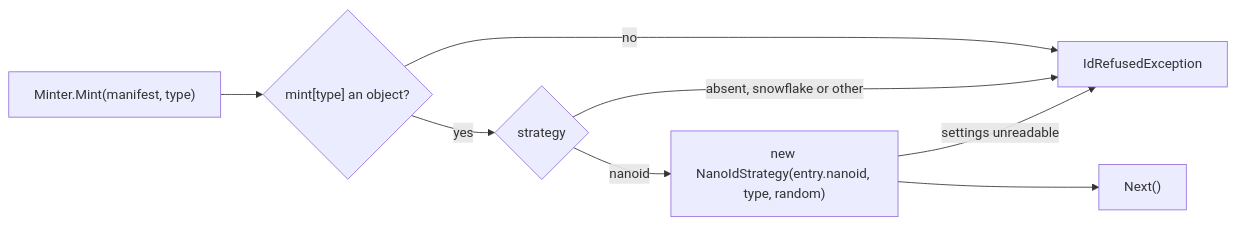
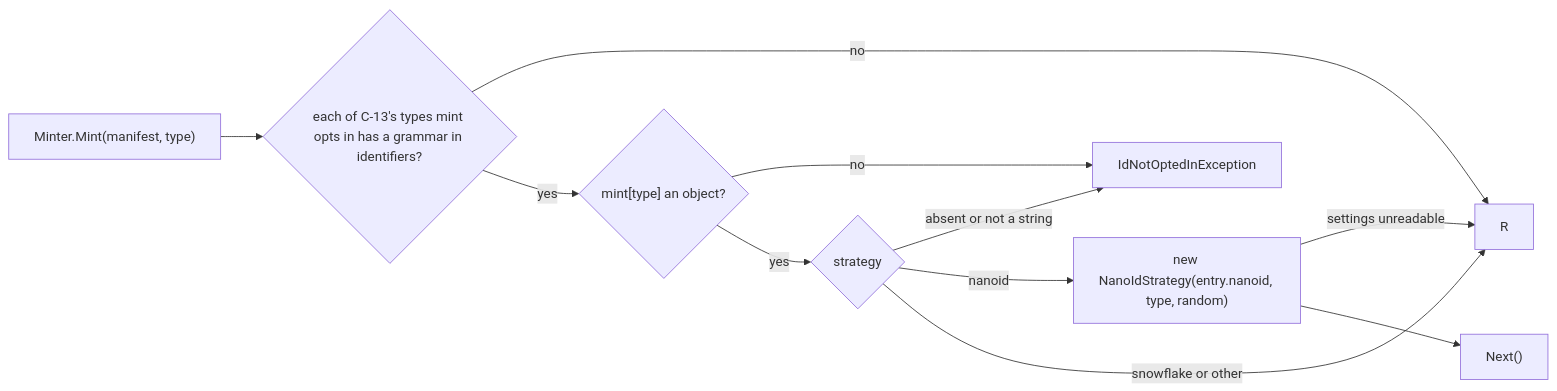
The first of 2 diagrams in src/specht/Identifiers/.spec/README.md (RLittlesII/specht), drawn with Mermaid before and after one commit. The commit also changed other lines of this file and 26 other files, not shown here.

````diff
--- a/src/specht/Identifiers/.spec/README.md
+++ b/src/specht/Identifiers/.spec/README.md
@@ -217,10 +223,13 @@
 ```mermaid
 flowchart LR
-    A["Minter.Mint(manifest, type)"] --> B{"mint[type] an object?"}
-    B -- no --> R[IdRefusedException]
+    A["Minter.Mint(manifest, type)"] --> G{"each of C-13's types mint opts in has a grammar in identifiers?"}
+    G -- no --> R
+    G -- yes --> B{"mint[type] an object?"}
+    B -- no --> N[IdNotOptedInException]
     B -- yes --> C{strategy}
+    C -- "absent or not a string" --> N
     C -- nanoid --> D["new NanoIdStrategy(entry.nanoid, type, random)"]
-    C -- absent, snowflake or other --> R
+    C -- snowflake or other --> R
     D -- settings unreadable --> R
     D --> E["Next()"]
 ```
````
